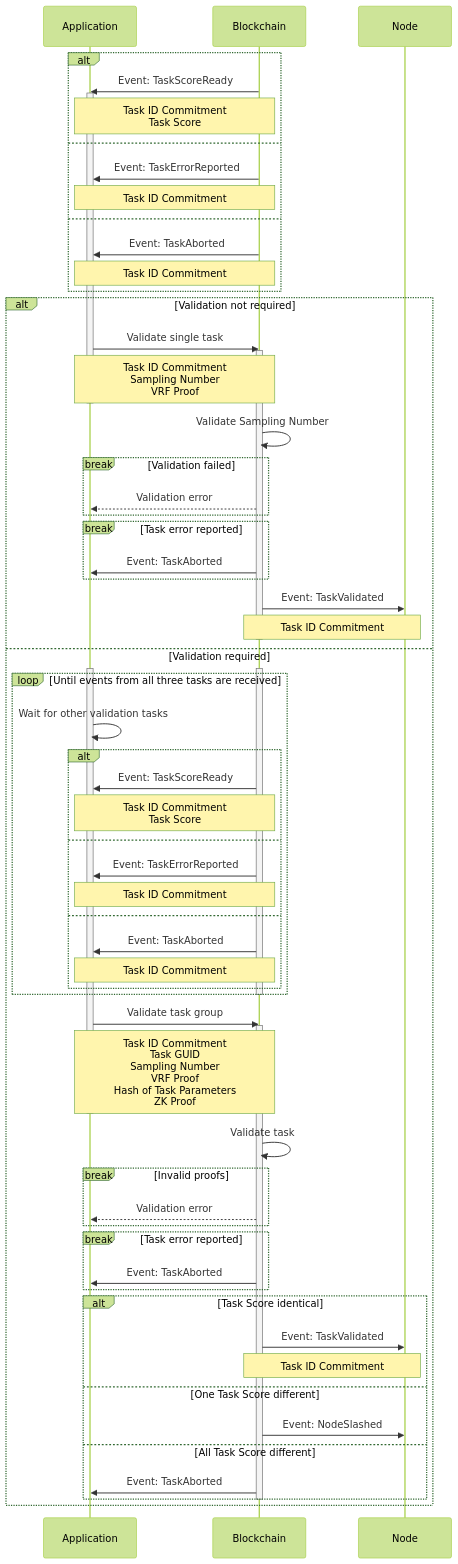
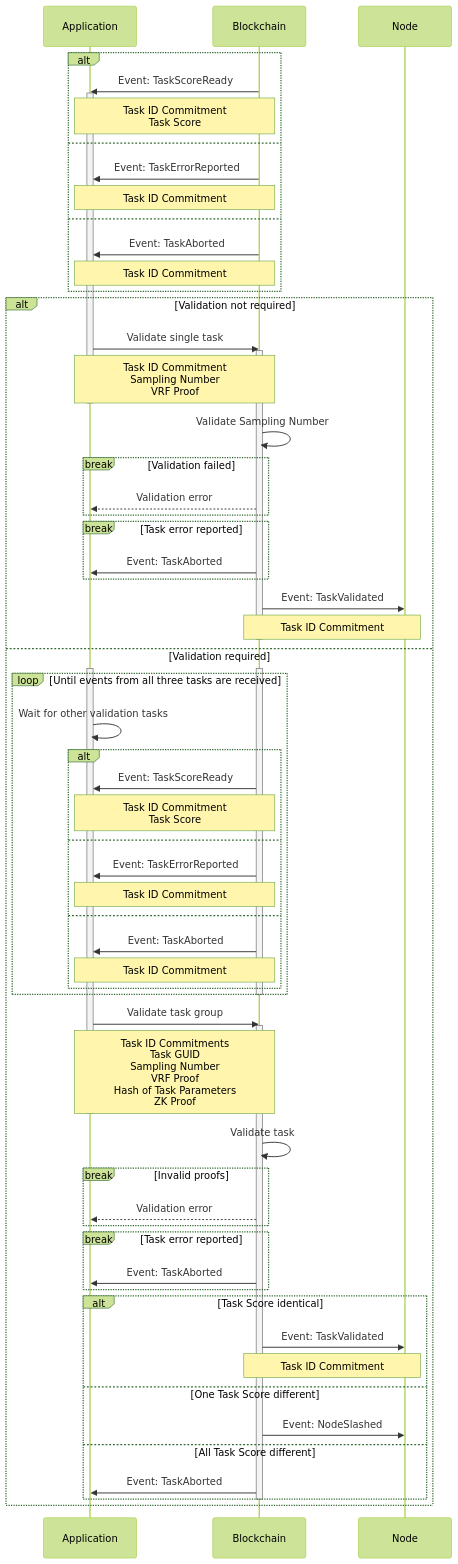
Before and after one commit to crynux-ai/documentation: the fourth of 6 diagrams in gitbook/system-design/task-lifecycle.md, drawn with Mermaid (forest theme). The commit also changed other lines of this file, not shown here.

````diff
--- a/gitbook/system-design/task-lifecycle.md
+++ b/gitbook/system-design/task-lifecycle.md
@@ -278,80 +278,80 @@
 ```mermaid
 sequenceDiagram
     Participant A as Application
     Participant B as Blockchain
     Participant N as Node
 
     alt
         B ->> A: Event: TaskScoreReady
         activate A
         Note over A,B: Task ID Commitment<br />Task Score
     else
         B ->> A: Event: TaskErrorReported
         Note over A,B: Task ID Commitment
     else
         B ->> A: Event: TaskAborted
         Note over A,B: Task ID Commitment
     end
 
     alt Validation not required
         A ->> B: Validate single task
         activate B
         Note over A,B: Task ID Commitment<br/>Sampling Number<br/>VRF Proof
         deactivate A
         B ->> B: Validate Sampling Number
         break Validation failed
             B -->> A: Validation error 
         end
         break Task error reported
             B ->> A: Event: TaskAborted
         end
 
         B ->> N: Event: TaskValidated
         Note over B,N: Task ID Commitment
         
         deactivate B
     else Validation required
         activate A
         activate B
 
         loop Until events from all three tasks are received
             A ->> A: Wait for other validation tasks
             alt
                 B ->> A: Event: TaskScoreReady
                 Note over A,B: Task ID Commitment<br />Task Score
             else
                 B ->> A: Event: TaskErrorReported
                 Note over A,B: Task ID Commitment
             else
                 B ->> A: Event: TaskAborted
                 Note over A,B: Task ID Commitment
             end            
         end
 
         deactivate B
 
         A ->> B: Validate task group
         activate B
-        Note over A,B: Task ID Commitment<br/>Task GUID<br/>Sampling Number<br/>VRF Proof<br/>Hash of Task Parameters<br/>ZK Proof
+        Note over A,B: Task ID Commitments<br/>Task GUID<br/>Sampling Number<br/>VRF Proof<br/>Hash of Task Parameters<br/>ZK Proof
         deactivate A
         B ->> B: Validate task
         break Invalid proofs
             B -->> A: Validation error 
         end
         break Task error reported
             B ->> A: Event: TaskAborted
         end
         
         alt Task Score identical
             B ->> N: Event: TaskValidated
             Note over B,N: Task ID Commitment
         else One Task Score different
             B ->> N: Event: NodeSlashed
         else All Task Score different
             B ->> A: Event: TaskAborted
         end
 
         deactivate B
     end
     
 ```
````
